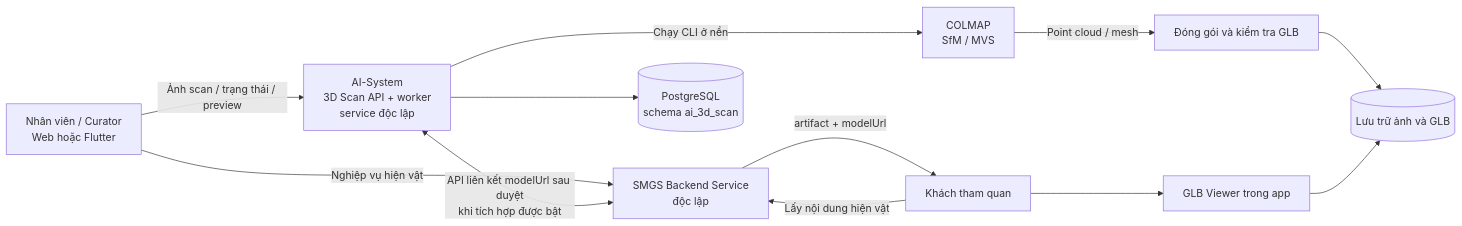
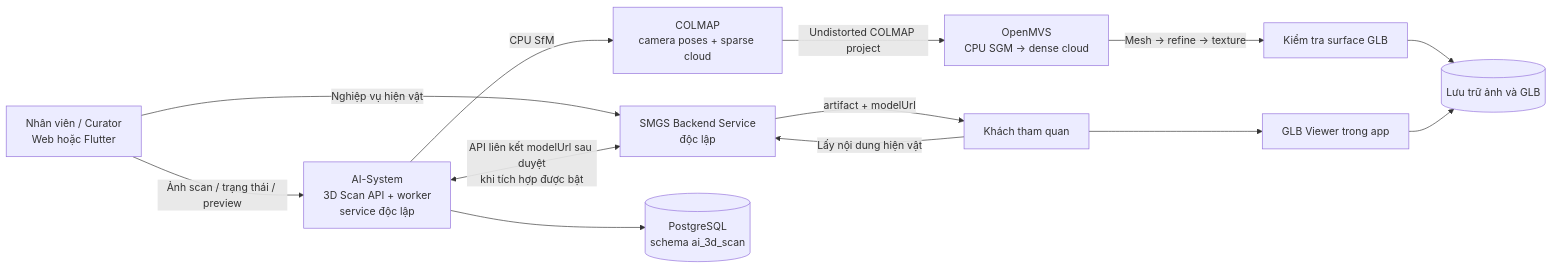
One commit to SEP490-Smart-Museum-Guide-System/AI-System changed the diagram in 3D Scan/SYSTEM_DESIGN.md. Above: the diagram before and after it, drawn with Mermaid. The commit also changed other lines of this file and 98 other files, not shown here.

````diff
--- a/3D Scan/SYSTEM_DESIGN.md
+++ b/3D Scan/SYSTEM_DESIGN.md
@@ -13,14 +13,15 @@
 ```mermaid
 flowchart LR
     A[Nhân viên / Curator<br/>Web hoặc Flutter] -->|Nghiệp vụ hiện vật| B[SMGS Backend Service<br/>độc lập]
     A -->|Ảnh scan / trạng thái / preview| C[AI-System<br/>3D Scan API + worker<br/>service độc lập]
-    C -->|Chạy CLI ở nền| D[COLMAP<br/>SfM / MVS]
-    D -->|Point cloud / mesh| E[Đóng gói và kiểm tra GLB]
-    E --> F[(Lưu trữ ảnh và GLB)]
-    C --> G[(PostgreSQL<br/>schema ai_3d_scan)]
+    C -->|CPU SfM| D[COLMAP<br/>camera poses + sparse cloud]
+    D -->|Undistorted COLMAP project| E[OpenMVS<br/>CPU SGM → dense cloud]
+    E -->|Mesh → refine → texture| F[Kiểm tra surface GLB]
+    F --> G[(Lưu trữ ảnh và GLB)]
+    C --> H[(PostgreSQL<br/>schema ai_3d_scan)]
     C <-->|API liên kết modelUrl sau duyệt<br/>khi tích hợp được bật| B
     I[Khách tham quan] -->|Lấy nội dung hiện vật| B
     B -->|artifact + modelUrl| I
     I --> J[GLB Viewer trong app]
-    J --> F
+    J --> G
 ```
````
